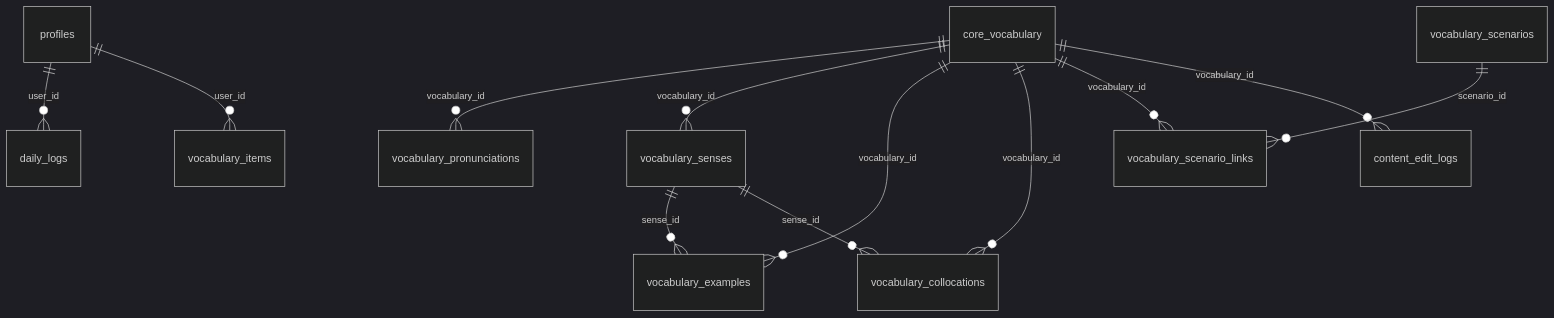
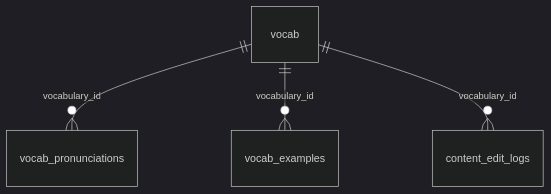
The diagram in docs/database-schema.md (ifcalm/language), drawn with Mermaid (dark theme) before and after one commit. The commit also changed other lines of this file and 16 other files, not shown here.

Commit message:
Simplify vocabulary schema

````diff
--- a/docs/database-schema.md
+++ b/docs/database-schema.md
@@ -25,16 +31,6 @@
 ```mermaid
 erDiagram
-  profiles ||--o{ daily_logs : "user_id"
-  profiles ||--o{ vocabulary_items : "user_id"
-
-  core_vocabulary ||--o{ vocabulary_pronunciations : "vocabulary_id"
-  core_vocabulary ||--o{ vocabulary_senses : "vocabulary_id"
-  core_vocabulary ||--o{ vocabulary_examples : "vocabulary_id"
-  core_vocabulary ||--o{ vocabulary_collocations : "vocabulary_id"
-  core_vocabulary ||--o{ vocabulary_scenario_links : "vocabulary_id"
-  core_vocabulary ||--o{ content_edit_logs : "vocabulary_id"
-
-  vocabulary_senses ||--o{ vocabulary_examples : "sense_id"
-  vocabulary_senses ||--o{ vocabulary_collocations : "sense_id"
-  vocabulary_scenarios ||--o{ vocabulary_scenario_links : "scenario_id"
+  vocab ||--o{ vocab_pronunciations : "vocabulary_id"
+  vocab ||--o{ vocab_examples : "vocabulary_id"
+  vocab ||--o{ content_edit_logs : "vocabulary_id"
 ```
````
